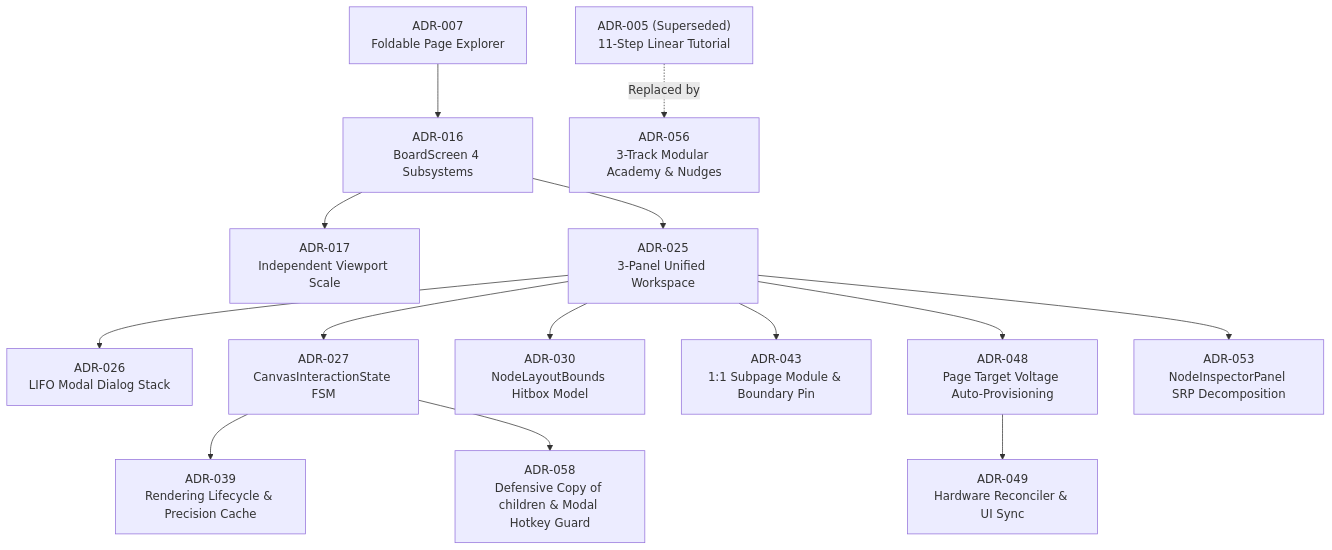
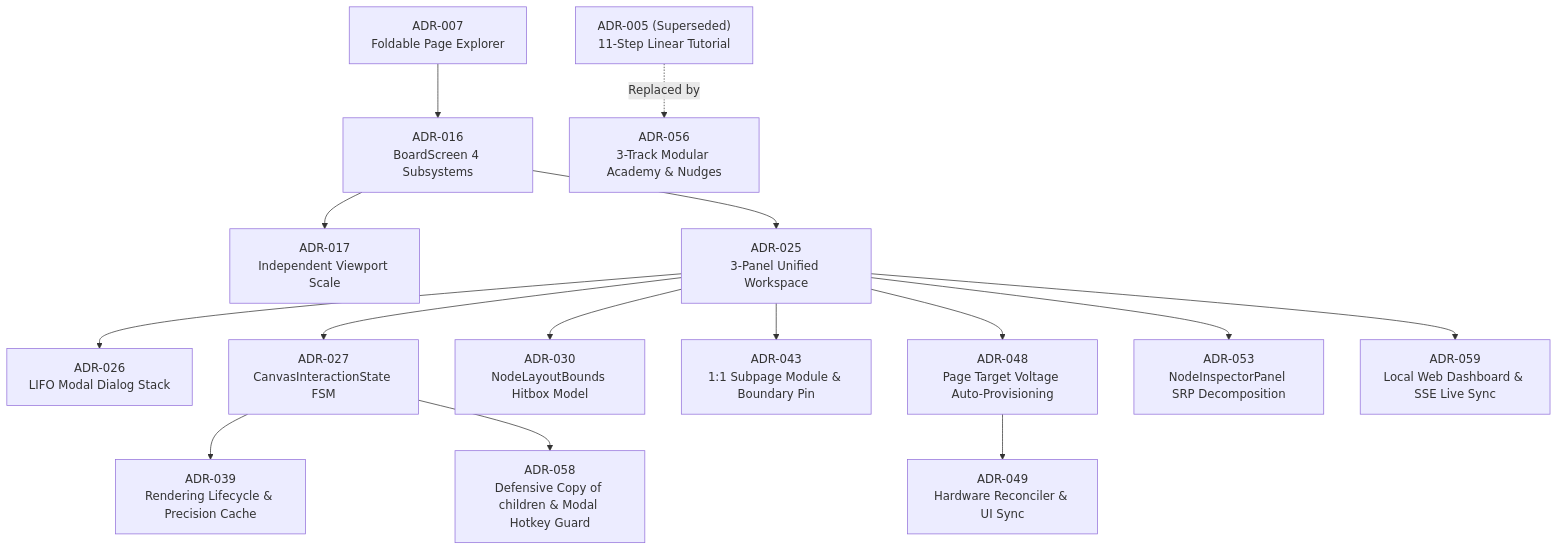
One commit to Amvermain/GregTechCalculatorBoard changed the third of 4 diagrams in docs/adr/README_EN.md. Above: the diagram before and after it, drawn with Mermaid. The commit also changed other lines of this file and 86 other files, not shown here.

````diff
--- a/docs/adr/README_EN.md
+++ b/docs/adr/README_EN.md
@@ -60,16 +60,17 @@
 ```mermaid
 flowchart TD
     ADR007["ADR-007<br/>Foldable Page Explorer"] --> ADR016["ADR-016<br/>BoardScreen 4 Subsystems"]
     ADR016 --> ADR017["ADR-017<br/>Independent Viewport Scale"]
     ADR016 --> ADR025["ADR-025<br/>3-Panel Unified Workspace"]
     ADR025 --> ADR026["ADR-026<br/>LIFO Modal Dialog Stack"]
     ADR025 --> ADR027["ADR-027<br/>CanvasInteractionState FSM"]
     ADR025 --> ADR030["ADR-030<br/>NodeLayoutBounds Hitbox Model"]
     ADR027 --> ADR039["ADR-039<br/>Rendering Lifecycle & Precision Cache"]
     ADR025 --> ADR043["ADR-043<br/>1:1 Subpage Module & Boundary Pin"]
     ADR025 --> ADR048["ADR-048<br/>Page Target Voltage Auto-Provisioning"]
     ADR048 --> ADR049["ADR-049<br/>Hardware Reconciler & UI Sync"]
     ADR025 --> ADR053["ADR-053<br/>NodeInspectorPanel SRP Decomposition"]
     ADR005["ADR-005 (Superseded)<br/>11-Step Linear Tutorial"] -.->|Replaced by| ADR056["ADR-056<br/>3-Track Modular Academy & Nudges"]
     ADR027 --> ADR058["ADR-058<br/>Defensive Copy of children & Modal Hotkey Guard"]
+    ADR025 --> ADR059["ADR-059<br/>Local Web Dashboard & SSE Live Sync"]
 ```
````
